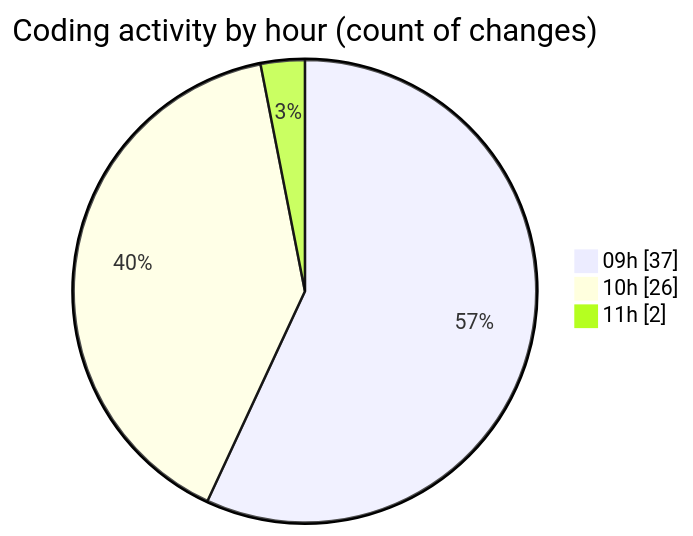
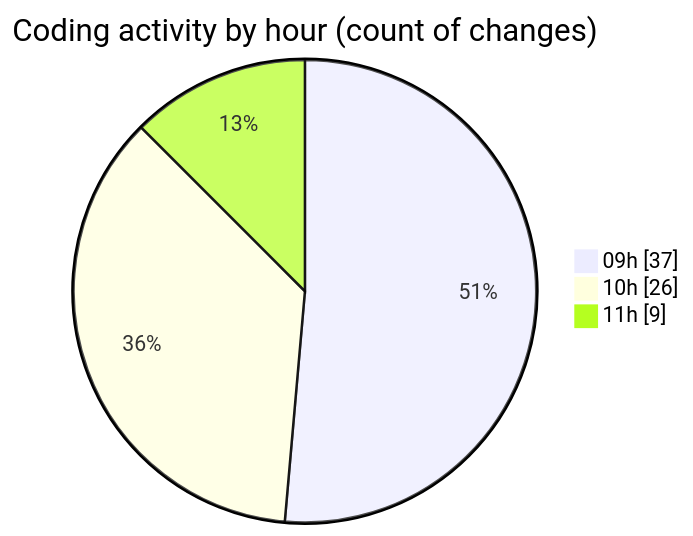
One commit to momahboobian/code-tracking changed the second of 2 diagrams in 2025-11-14/cda/README.md. Above: the diagram before and after it, drawn with Mermaid. The commit also changed other lines of this file and 1 other file, not shown here.

````diff
--- a/2025-11-14/cda/README.md
+++ b/2025-11-14/cda/README.md
@@ -51,7 +51,7 @@
 ```mermaid
 pie showData
 title Coding activity by hour (count of changes)
 "09h" : 37
 "10h" : 26
-"11h" : 2
+"11h" : 9
 ```
````
